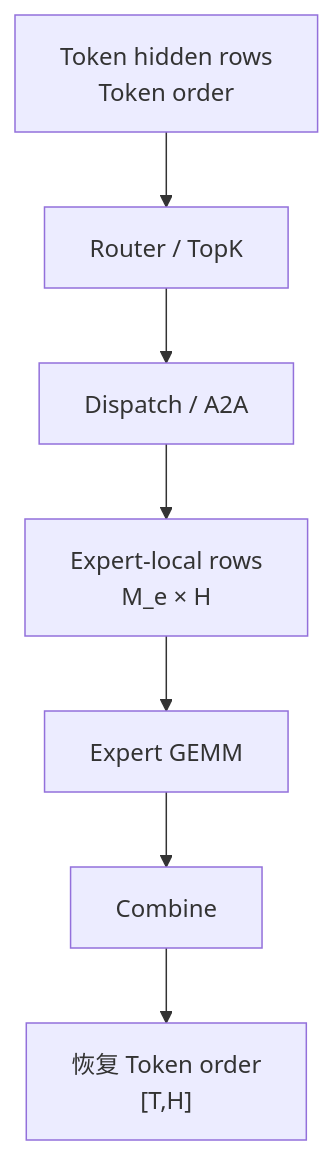
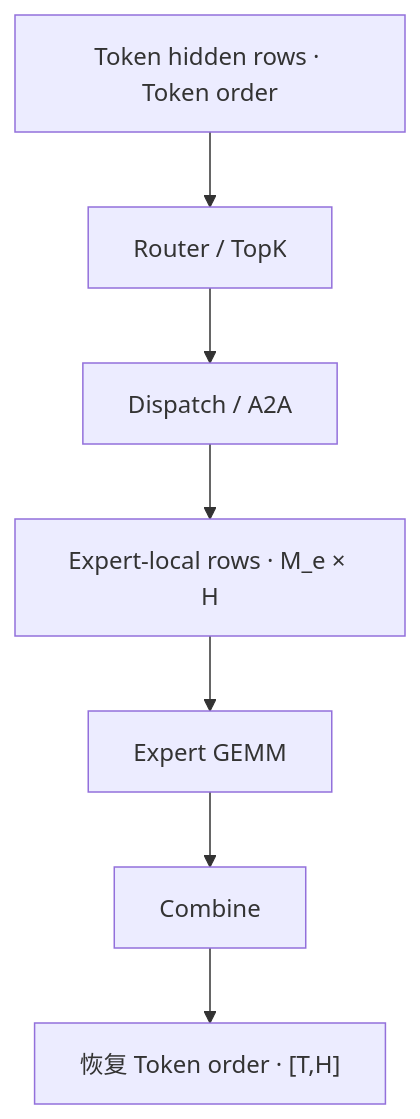
One commit to AkiYangDev/llm-inference-notes changed the fifth of 7 diagrams in docs/fundamentals/sglang-decode-source-reading-primer.md. Above: the diagram before and after it, drawn with Mermaid. The commit also changed other lines of this file and 44 other files, not shown here.

```diff
--- a/docs/fundamentals/sglang-decode-source-reading-primer.md
+++ b/docs/fundamentals/sglang-decode-source-reading-primer.md
@@ -523,12 +452,12 @@
 ~~~mermaid
 flowchart TD
-    T["Token hidden rows<br/>Token order"]
+    T["Token hidden rows · Token order"]
     R["Router / TopK"]
     D["Dispatch / A2A"]
-    E["Expert-local rows<br/>M_e × H"]
+    E["Expert-local rows · M_e × H"]
     G["Expert GEMM"]
     C["Combine"]
-    O["恢复 Token order<br/>[T,H]"]
+    O["恢复 Token order · [T,H]"]
 
     T --> R --> D --> E --> G --> C --> O
 ~~~
```
